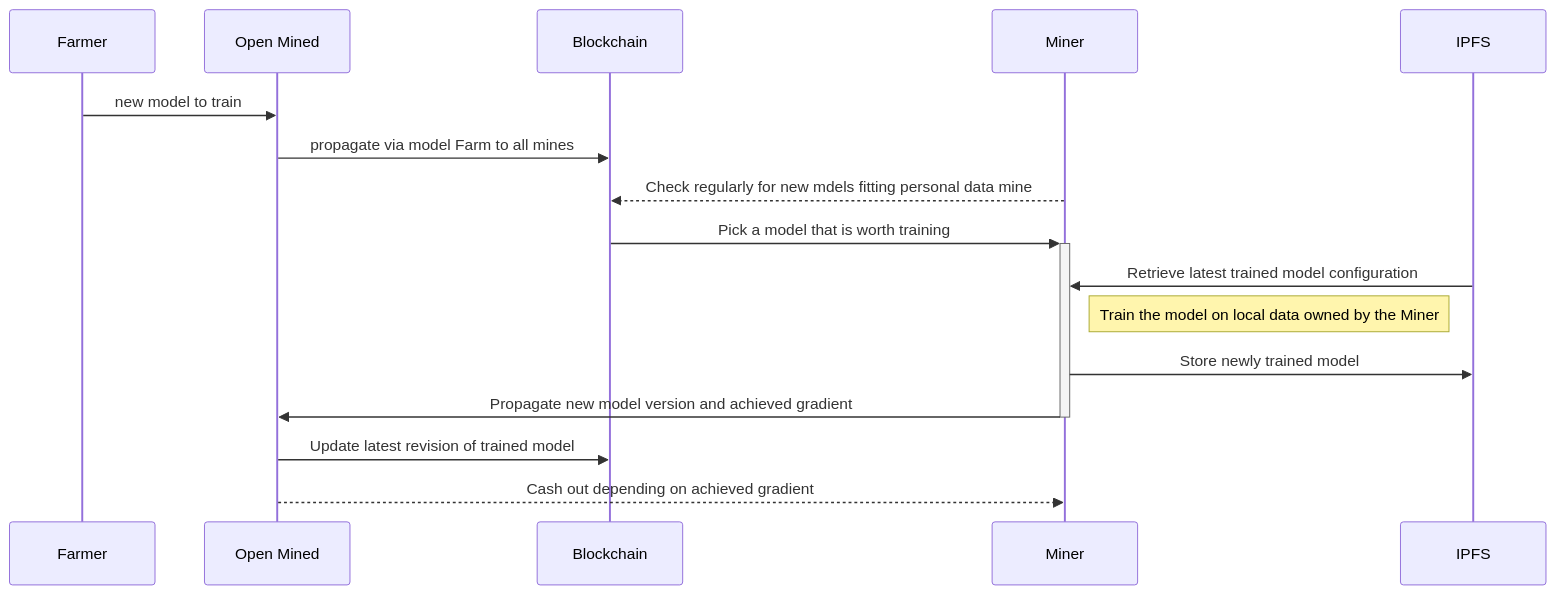
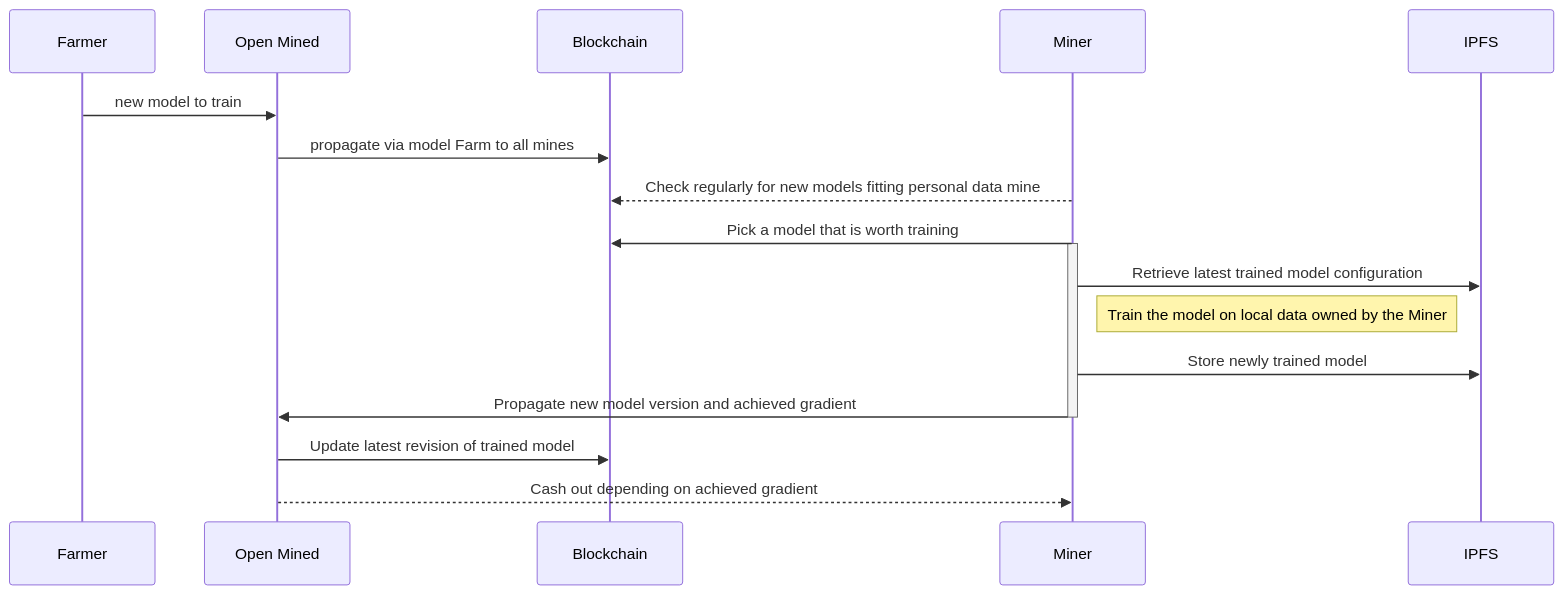
The diagram in workflow/src/seq-new-model.mmd (iamtrask/DEPRECATED), drawn with Mermaid before and after one commit. The commit also changed 1 other file, not shown here.

```diff
--- a/workflow/src/seq-new-model.mmd
+++ b/workflow/src/seq-new-model.mmd
@@ -1,17 +1,19 @@
 sequenceDiagram
     participant Farmer
     participant Open Mined
     participant Blockchain
     participant Miner
     participant IPFS
 
     Farmer->>Open Mined: new model to train
     Open Mined->>Blockchain: propagate via model Farm to all mines
-    Miner-->>Blockchain: Check regularly for new mdels fitting personal data mine
-    Blockchain->>+Miner: Pick a model that is worth training
-    IPFS->>Miner: Retrieve latest trained model configuration
+    Miner-->>Blockchain: Check regularly for new models fitting personal data mine
+    Miner->>Blockchain: Pick a model that is worth training
+    activate Miner
+    Miner->>IPFS: Retrieve latest trained model configuration
     Note right of Miner: Train the model on local data owned by the Miner
     Miner->>IPFS: Store newly trained model
-    Miner->>-Open Mined: Propagate new model version and achieved gradient
+    Miner->>Open Mined: Propagate new model version and achieved gradient
+    deactivate Miner
     Open Mined->>Blockchain: Update latest revision of trained model
     Open Mined-->>Miner: Cash out depending on achieved gradient
```
